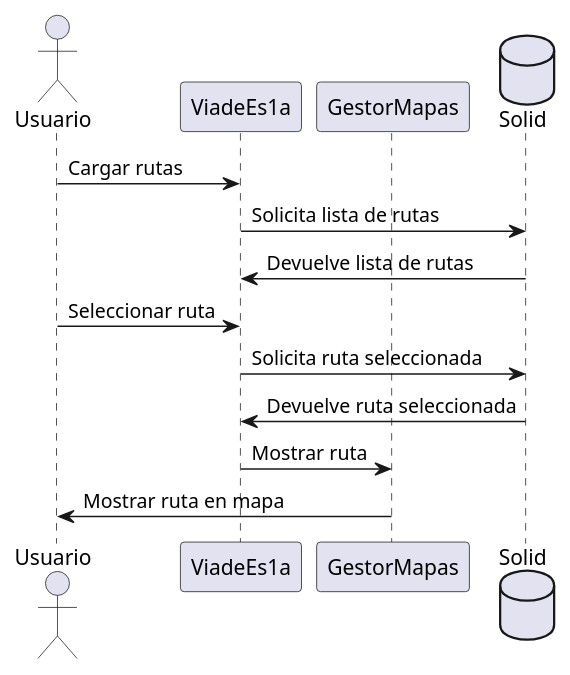
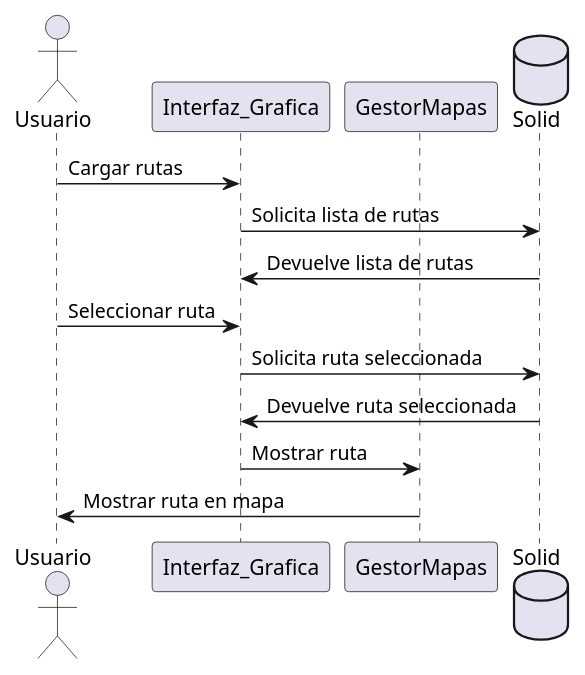
One commit to Arquisoft/viade_es1a changed the third of 4 diagrams in src/docs/06_runtime_view.adoc. Above: the diagram before and after it, drawn with PlantUML. The commit also changed other lines of this file, not shown here.

```diff
--- a/src/docs/06_runtime_view.adoc
+++ b/src/docs/06_runtime_view.adoc
@@ -43,20 +42,20 @@
 [plantuml,ver ruta,png]
 ----
 @startuml
 
 actor Usuario
-participant ViadeEs1a
+participant Interfaz_Grafica
 participant GestorMapas
 database Solid
 
-Usuario -> ViadeEs1a:Cargar rutas
-ViadeEs1a -> Solid:Solicita lista de rutas
-Solid -> ViadeEs1a:Devuelve lista de rutas
-Usuario -> ViadeEs1a:Seleccionar ruta
-ViadeEs1a -> Solid:Solicita ruta seleccionada
-Solid -> ViadeEs1a:Devuelve ruta seleccionada
-ViadeEs1a -> GestorMapas:Mostrar ruta
+Usuario -> Interfaz_Grafica:Cargar rutas
+Interfaz_Grafica -> Solid:Solicita lista de rutas
+Solid -> Interfaz_Grafica:Devuelve lista de rutas
+Usuario -> Interfaz_Grafica:Seleccionar ruta
+Interfaz_Grafica -> Solid:Solicita ruta seleccionada
+Solid -> Interfaz_Grafica:Devuelve ruta seleccionada
+Interfaz_Grafica -> GestorMapas:Mostrar ruta
 GestorMapas -> Usuario:Mostrar ruta en mapa
 
 @enduml
 ----
```
